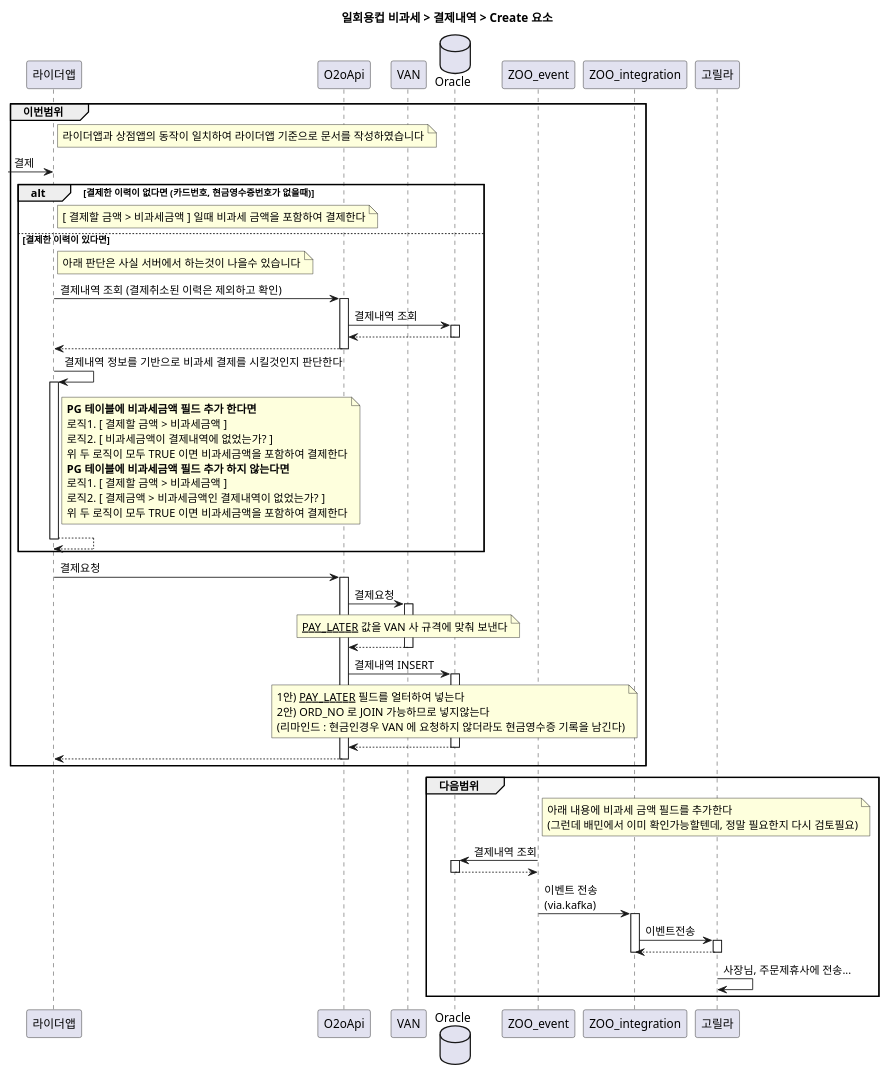
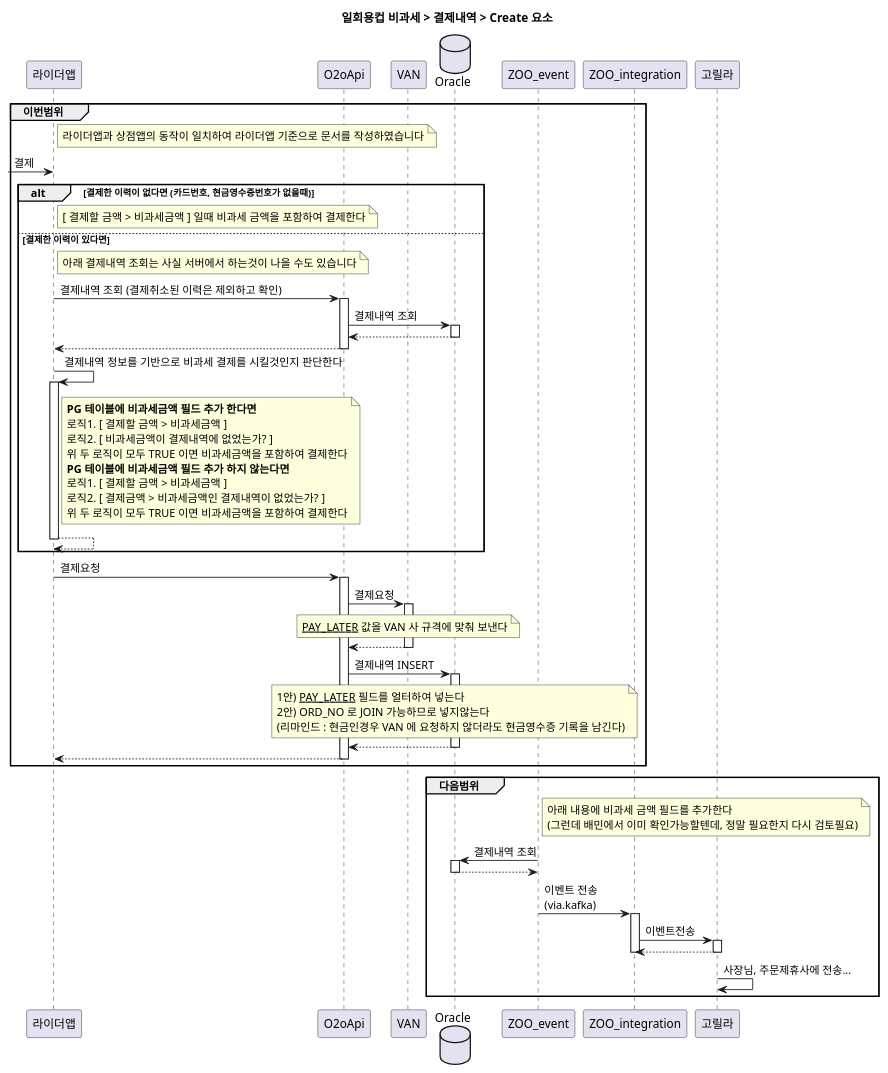
The diagram in uml/disposable_cup/paymentLog_C.puml (junhoo-barogo/junhoo-barogo.github.io), drawn with PlantUML before and after one commit.

Commit message:
20220518-3

```diff
--- a/uml/disposable_cup/paymentLog_C.puml
+++ b/uml/disposable_cup/paymentLog_C.puml
@@ -1,67 +1,67 @@
 participant 라이더앱
 participant O2oApi
 participant VAN
 database Oracle
 participant ZOO_event
 participant ZOO_integration
 participant 고릴라
 
 title 일회용컵 비과세 > 결제내역 > Create 요소
 
 group 이번범위
     note right of 라이더앱 
         라이더앱과 상점앱의 동작이 일치하여 라이더앱 기준으로 문서를 작성하였습니다
     end note
     -> 라이더앱 : 결제
     alt 결제한 이력이 없다면 (카드번호, 현금영수증번호가 없을때)
         note right of 라이더앱
             [ 결제할 금액 > 비과세금액 ] 일때 비과세 금액을 포함하여 결제한다
         end note
     else 결제한 이력이 있다면
-        note right of 라이더앱 : 아래 판단은 사실 서버에서 하는것이 나을수 있습니다
+        note right of 라이더앱 : 아래 결제내역 조회는 사실 서버에서 하는것이 나을 수도 있습니다
         라이더앱 -> O2oApi ++ : 결제내역 조회 (결제취소된 이력은 제외하고 확인)
         O2oApi -> Oracle ++ : 결제내역 조회
         return
         return
         라이더앱 -> 라이더앱 ++ : 결제내역 정보를 기반으로 비과세 결제를 시킬것인지 판단한다
         note right of 라이더앱
             **PG 테이블에 비과세금액 필드 추가 한다면**
             로직1. [ 결제할 금액 > 비과세금액 ]
             로직2. [ 비과세금액이 결제내역에 없었는가? ]
             위 두 로직이 모두 TRUE 이면 비과세금액을 포함하여 결제한다
             **PG 테이블에 비과세금액 필드 추가 하지 않는다면**
             로직1. [ 결제할 금액 > 비과세금액 ]
             로직2. [ 결제금액 > 비과세금액인 결제내역이 없었는가? ]
             위 두 로직이 모두 TRUE 이면 비과세금액을 포함하여 결제한다
         end note
         return
     end
     라이더앱 -> O2oApi ++ : 결제요청
     O2oApi -> VAN ++ : 결제요청
     note over VAN
         __PAY_LATER__ 값을 VAN 사 규격에 맞춰 보낸다
     end note
     return
     O2oApi -> Oracle ++ : 결제내역 INSERT
     note over Oracle
         1안) __PAY_LATER__ 필드를 얼터하여 넣는다
         2안) ORD_NO 로 JOIN 가능하므로 넣지않는다
         (리마인드 : 현금인경우 VAN 에 요청하지 않더라도 현금영수증 기록을 남긴다)
     end note
     return 
     return
 end
 
 group 다음범위
     note right of ZOO_event
         아래 내용에 비과세 금액 필드를 추가한다
         (그런데 배민에서 이미 확인가능할텐데, 정말 필요한지 다시 검토필요)
     end note
     ZOO_event -> Oracle ++ : 결제내역 조회
     return
     ZOO_event -> ZOO_integration ++ : 이벤트 전송\n(via.kafka)
     ZOO_integration -> 고릴라 ++ : 이벤트전송
     return
     deactivate
     고릴라 -> 고릴라 : 사장님, 주문제휴사에 전송...
 end
```
